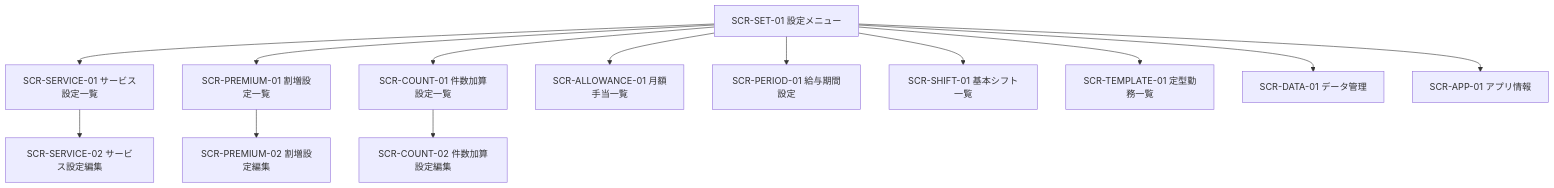
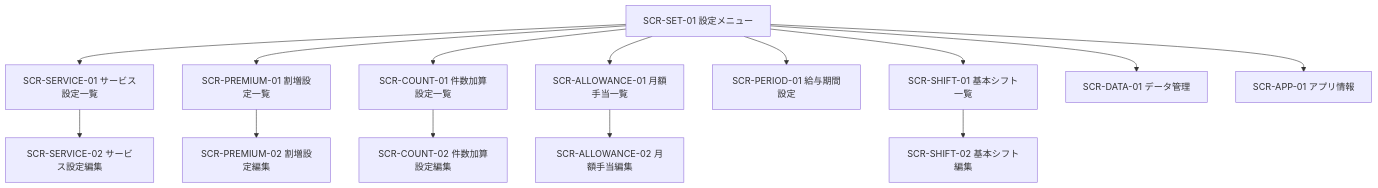
The third of 3 diagrams in docs/screen_specification.md (Adachi-Leelia/TkpSalaryCalculator), drawn with Mermaid before and after one commit. The commit also changed other lines of this file and 9 other files, not shown here.

````diff
--- a/docs/screen_specification.md
+++ b/docs/screen_specification.md
@@ -78,26 +80,26 @@
 ```mermaid
 flowchart TD
     SET[SCR-SET-01 設定メニュー]
     SERVICE[SCR-SERVICE-01 サービス設定一覧]
     SERVICE_EDIT[SCR-SERVICE-02 サービス設定編集]
     PREMIUM[SCR-PREMIUM-01 割増設定一覧]
     PREMIUM_EDIT[SCR-PREMIUM-02 割増設定編集]
     COUNT[SCR-COUNT-01 件数加算設定一覧]
     COUNT_EDIT[SCR-COUNT-02 件数加算設定編集]
     ALLOWANCE[SCR-ALLOWANCE-01 月額手当一覧]
+    ALLOWANCE_EDIT[SCR-ALLOWANCE-02 月額手当編集]
     PERIOD[SCR-PERIOD-01 給与期間設定]
     SHIFT[SCR-SHIFT-01 基本シフト一覧]
-    TEMPLATE[SCR-TEMPLATE-01 定型勤務一覧]
+    SHIFT_EDIT[SCR-SHIFT-02 基本シフト編集]
     DATA[SCR-DATA-01 データ管理]
     APP[SCR-APP-01 アプリ情報]
 
     SET --> SERVICE --> SERVICE_EDIT
     SET --> PREMIUM --> PREMIUM_EDIT
     SET --> COUNT --> COUNT_EDIT
-    SET --> ALLOWANCE
+    SET --> ALLOWANCE --> ALLOWANCE_EDIT
     SET --> PERIOD
-    SET --> SHIFT
-    SET --> TEMPLATE
+    SET --> SHIFT --> SHIFT_EDIT
     SET --> DATA
     SET --> APP
 ```
````
